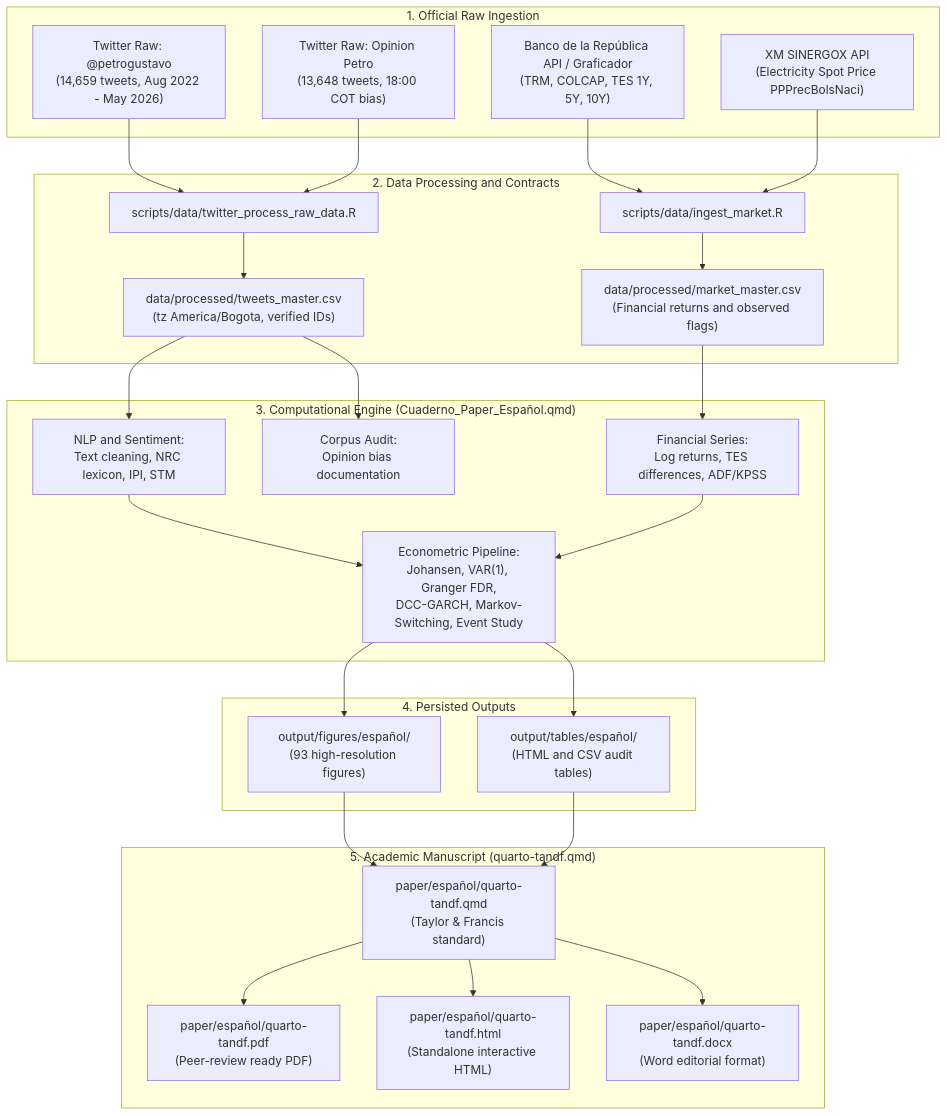
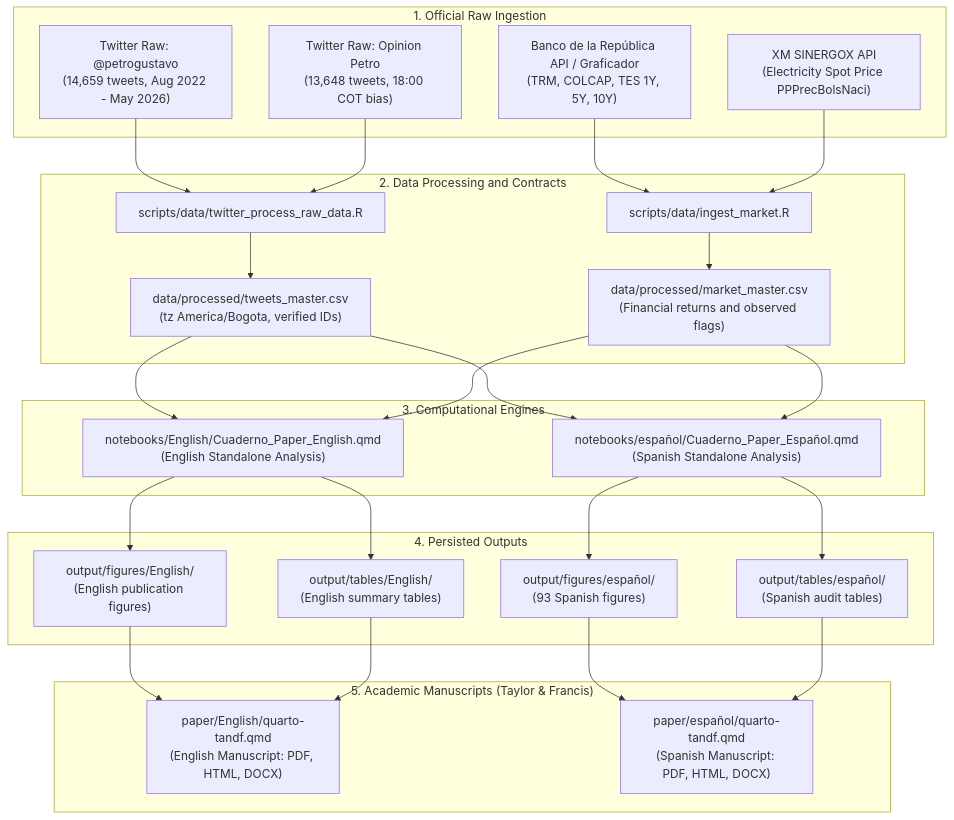
The diagram in README.md (juanjo-edm/What_is_the_economic_impact_of_Colombian_President_tweets), drawn with Mermaid before and after one commit. The commit also changed other lines of this file and 49 other files, not shown here.

Commit message:
feat(repo): deliver canonical English research package, computational notebook, translated figures, and synchronized documentation

````diff
--- a/README.md
+++ b/README.md
@@ -60,59 +64,56 @@
 ```mermaid
 flowchart TD
     subgraph RawData ["1. Official Raw Ingestion"]
         T_RAW["Twitter Raw: @petrogustavo<br/>(14,659 tweets, Aug 2022 - May 2026)"]
         O_RAW["Twitter Raw: Opinion Petro<br/>(13,648 tweets, 18:00 COT bias)"]
         M_BANREP["Banco de la República API / Graficador<br/>(TRM, COLCAP, TES 1Y, 5Y, 10Y)"]
         M_XM["XM SINERGOX API<br/>(Electricity Spot Price PPPrecBolsNaci)"]
     end
 
     subgraph DataContracts ["2. Data Processing and Contracts"]
         SCRIPT_T["scripts/data/twitter_process_raw_data.R"]
         SCRIPT_M["scripts/data/ingest_market.R"]
         T_MASTER["data/processed/tweets_master.csv<br/>(tz America/Bogota, verified IDs)"]
         M_MASTER["data/processed/market_master.csv<br/>(Financial returns and observed flags)"]
     end
 
-    subgraph NotebookEngine ["3. Computational Engine (Cuaderno_Paper_Español.qmd)"]
-        NB_NLP["NLP and Sentiment:<br/>Text cleaning, NRC lexicon, IPI, STM"]
-        NB_CORP["Corpus Audit:<br/>Opinion bias documentation"]
-        NB_TS["Financial Series:<br/>Log returns, TES differences, ADF/KPSS"]
-        NB_ECON["Econometric Pipeline:<br/>Johansen, VAR(1), Granger FDR,<br/>DCC-GARCH, Markov-Switching, Event Study"]
+    subgraph NotebookEngines ["3. Computational Engines"]
+        NB_EN["notebooks/English/Cuaderno_Paper_English.qmd<br/>(English Standalone Analysis)"]
+        NB_ES["notebooks/español/Cuaderno_Paper_Español.qmd<br/>(Spanish Standalone Analysis)"]
     end
 
     subgraph OutputArtifacts ["4. Persisted Outputs"]
-        OUT_FIG["output/figures/español/<br/>(93 high-resolution figures)"]
-        OUT_TAB["output/tables/español/<br/>(HTML and CSV audit tables)"]
+        OUT_FIG_EN["output/figures/English/<br/>(English publication figures)"]
+        OUT_FIG_ES["output/figures/español/<br/>(93 Spanish figures)"]
+        OUT_TAB_EN["output/tables/English/<br/>(English summary tables)"]
+        OUT_TAB_ES["output/tables/español/<br/>(Spanish audit tables)"]
     end
 
-    subgraph AcademicPaper ["5. Academic Manuscript (quarto-tandf.qmd)"]
-        PAPER_SRC["paper/español/quarto-tandf.qmd<br/>(Taylor & Francis standard)"]
-        PAPER_PDF["paper/español/quarto-tandf.pdf<br/>(Peer-review ready PDF)"]
-        PAPER_HTML["paper/español/quarto-tandf.html<br/>(Standalone interactive HTML)"]
-        PAPER_DOCX["paper/español/quarto-tandf.docx<br/>(Word editorial format)"]
+    subgraph AcademicPapers ["5. Academic Manuscripts (Taylor & Francis)"]
+        PAPER_EN["paper/English/quarto-tandf.qmd<br/>(English Manuscript: PDF, HTML, DOCX)"]
+        PAPER_ES["paper/español/quarto-tandf.qmd<br/>(Spanish Manuscript: PDF, HTML, DOCX)"]
     end
 
     T_RAW --> SCRIPT_T
     O_RAW --> SCRIPT_T
     M_BANREP --> SCRIPT_M
     M_XM --> SCRIPT_M
 
     SCRIPT_T --> T_MASTER
     SCRIPT_M --> M_MASTER
 
-    T_MASTER --> NB_NLP
-    T_MASTER --> NB_CORP
-    M_MASTER --> NB_TS
+    T_MASTER --> NB_EN
+    M_MASTER --> NB_EN
+    T_MASTER --> NB_ES
+    M_MASTER --> NB_ES
 
-    NB_NLP --> NB_ECON
-    NB_TS --> NB_ECON
+    NB_EN --> OUT_FIG_EN
+    NB_EN --> OUT_TAB_EN
+    NB_ES --> OUT_FIG_ES
+    NB_ES --> OUT_TAB_ES
 
-    NB_ECON --> OUT_FIG
-    NB_ECON --> OUT_TAB
-
-    OUT_FIG --> PAPER_SRC
-    OUT_TAB --> PAPER_SRC
-    PAPER_SRC --> PAPER_PDF
-    PAPER_SRC --> PAPER_HTML
-    PAPER_SRC --> PAPER_DOCX
+    OUT_FIG_EN --> PAPER_EN
+    OUT_TAB_EN --> PAPER_EN
+    OUT_FIG_ES --> PAPER_ES
+    OUT_TAB_ES --> PAPER_ES
 ```
````
